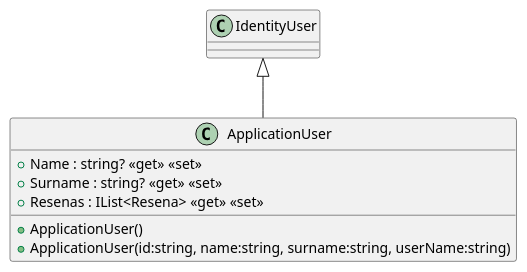
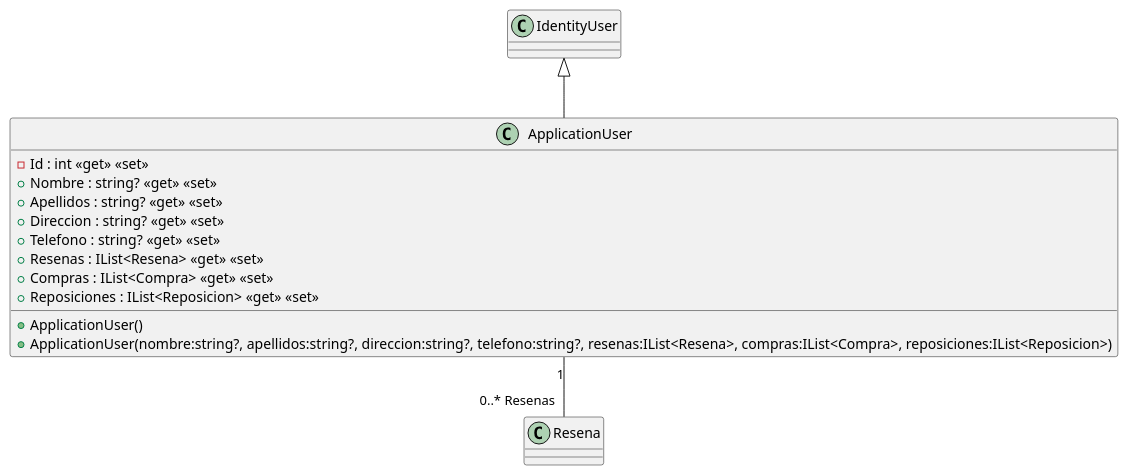
One commit to ISII2627SoftwareEngineers/ISII2627SoftwareEngineers changed the diagram in src/AppForSEII.API/ClassDiagram/ApplicationUser.puml. Above: the diagram before and after it, drawn with PlantUML. The commit also changed 13 other files, not shown here.

Commit message:
Actualizados los diagramas de clases y el diagrama del caso de uso 4 ResenarLibros

```diff
--- a/src/AppForSEII.API/ClassDiagram/ApplicationUser.puml
+++ b/src/AppForSEII.API/ClassDiagram/ApplicationUser.puml
@@ -1,10 +1,16 @@
 @startuml
 class ApplicationUser {
     + ApplicationUser()
-    + ApplicationUser(id:string, name:string, surname:string, userName:string)
-    + Name : string? <<get>> <<set>>
-    + Surname : string? <<get>> <<set>>
+    + ApplicationUser(nombre:string?, apellidos:string?, direccion:string?, telefono:string?, resenas:IList<Resena>, compras:IList<Compra>, reposiciones:IList<Reposicion>)
+    - Id : int <<get>> <<set>>
+    + Nombre : string? <<get>> <<set>>
+    + Apellidos : string? <<get>> <<set>>
+    + Direccion : string? <<get>> <<set>>
+    + Telefono : string? <<get>> <<set>>
     + Resenas : IList<Resena> <<get>> <<set>>
+    + Compras : IList<Compra> <<get>> <<set>>
+    + Reposiciones : IList<Reposicion> <<get>> <<set>>
 }
+ApplicationUser "1" -- "0..* Resenas" Resena
 IdentityUser <|-- ApplicationUser
 @enduml
```
